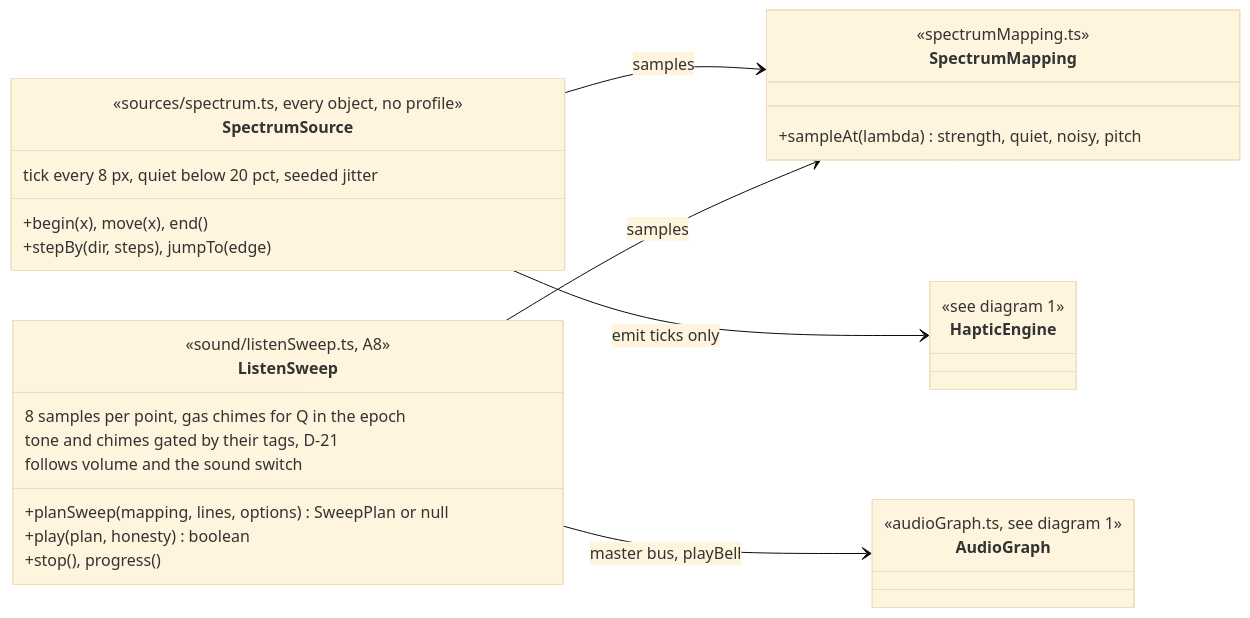
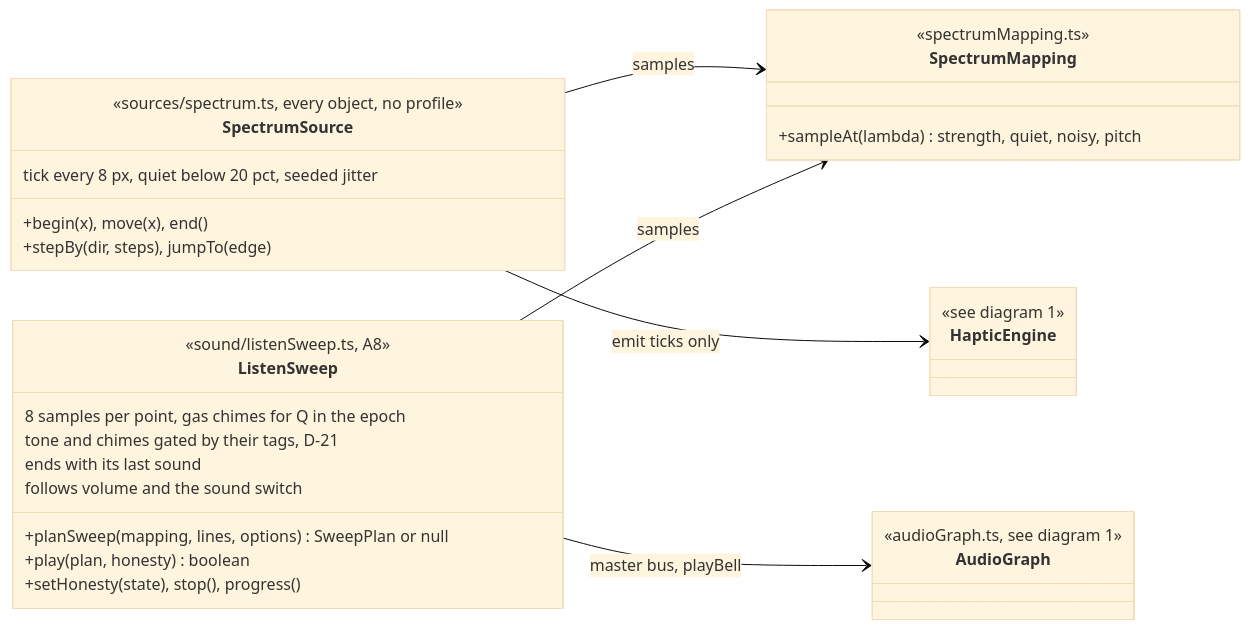
Before and after one commit to 0ffrian/SphereX: the third of 3 diagrams in docs/uml/06-class-haptics-audio.md, drawn with Mermaid (base theme). The commit also changed 4 other files, not shown here.

````diff
--- a/docs/uml/06-class-haptics-audio.md
+++ b/docs/uml/06-class-haptics-audio.md
@@ -246,34 +246,35 @@
 ```mermaid
 classDiagram
   direction LR
   class SpectrumMapping {
     <<spectrumMapping.ts>>
     +sampleAt(lambda) strength, quiet, noisy, pitch
   }
   class SpectrumSource {
     <<sources/spectrum.ts, every object, no profile>>
     +begin(x), move(x), end()
     +stepBy(dir, steps), jumpTo(edge)
     tick every 8 px, quiet below 20 pct, seeded jitter
   }
   class ListenSweep {
     <<sound/listenSweep.ts, A8>>
     +planSweep(mapping, lines, options) SweepPlan or null
     +play(plan, honesty) boolean
-    +stop(), progress()
+    +setHonesty(state), stop(), progress()
     8 samples per point, gas chimes for Q in the epoch
     tone and chimes gated by their tags, D-21
+    ends with its last sound
     follows volume and the sound switch
   }
   class AudioGraph {
     <<audioGraph.ts, see diagram 1>>
   }
   class HapticEngine {
     <<see diagram 1>>
   }
 
   SpectrumSource --> SpectrumMapping : samples
   ListenSweep --> SpectrumMapping : samples
   SpectrumSource --> HapticEngine : emit ticks only
   ListenSweep --> AudioGraph : master bus, playBell
 ```
````
